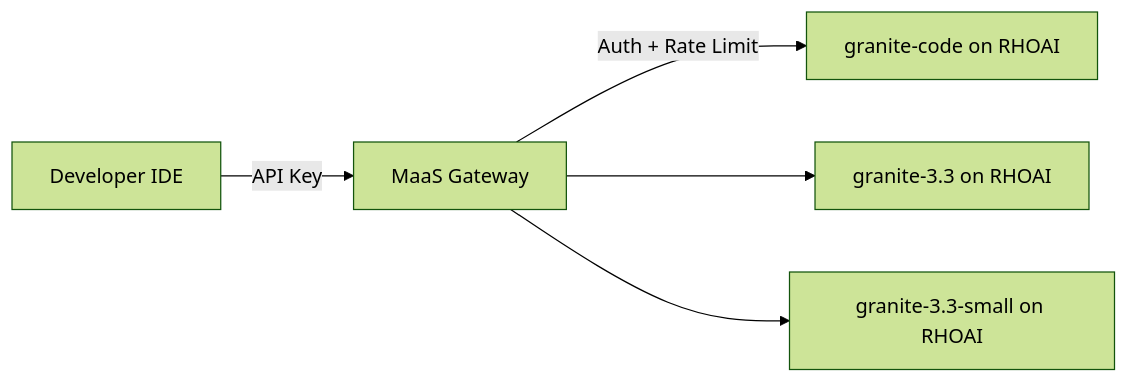
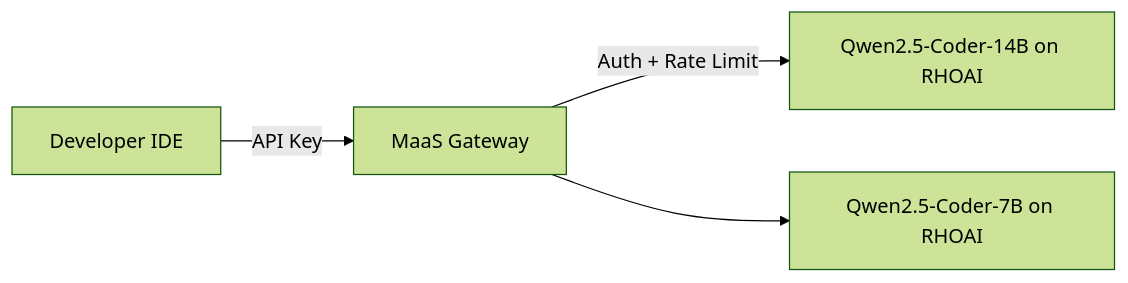
One commit to hyogrin/rhoai-coding-assistant-lab changed the second of 2 diagrams in README.md. Above: the diagram before and after it, drawn with Mermaid (forest theme). The commit also changed other lines of this file and 6 other files, not shown here.

````diff
--- a/README.md
+++ b/README.md
@@ -60,7 +58,6 @@
 ```mermaid
 flowchart LR
     IDE[Developer IDE] -->|API Key| GW[MaaS Gateway]
-    GW -->|Auth + Rate Limit| M1[granite-code on RHOAI]
-    GW --> M2[granite-3.3 on RHOAI]
-    GW --> M3[granite-3.3-small on RHOAI]
+    GW -->|Auth + Rate Limit| M1[Qwen2.5-Coder-14B on RHOAI]
+    GW --> M2[Qwen2.5-Coder-7B on RHOAI]
 ```
````
